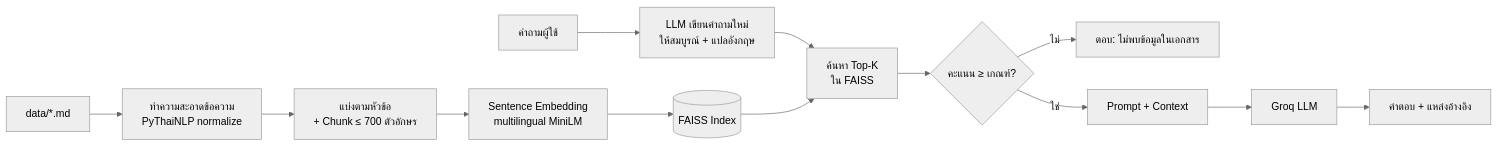
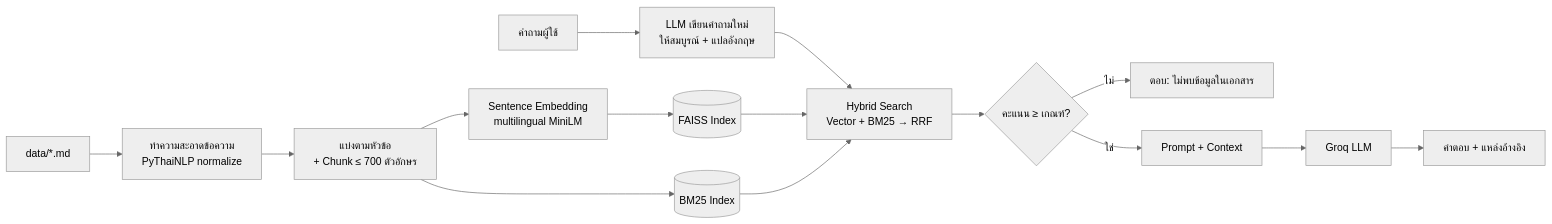
Before and after one commit to sDcy2002/RAG-Fitness: the diagram in README.md, drawn with Mermaid (neutral theme). The commit also changed other lines of this file and 2 other files, not shown here.

````diff
--- a/README.md
+++ b/README.md
@@ -40,15 +41,17 @@
 ```mermaid
 flowchart LR
     A[data/*.md] --> B[ทำความสะอาดข้อความ<br/>PyThaiNLP normalize]
     B --> C[แบ่งตามหัวข้อ<br/>+ Chunk ≤ 700 ตัวอักษร]
     C --> D[Sentence Embedding<br/>multilingual MiniLM]
     D --> E[(FAISS Index)]
+    C --> K[(BM25 Index)]
     Q[คำถามผู้ใช้] --> R[LLM เขียนคำถามใหม่<br/>ให้สมบูรณ์ + แปลอังกฤษ]
-    R --> S[ค้นหา Top-K<br/>ใน FAISS]
+    R --> S[Hybrid Search<br/>Vector + BM25 → RRF]
     E --> S
+    K --> S
     S --> T{คะแนน ≥ เกณฑ์?}
     T -- ไม่ --> N[ตอบ: ไม่พบข้อมูลในเอกสาร]
     T -- ใช่ --> P[Prompt + Context]
     P --> L[Groq LLM]
     L --> O[คำตอบ + แหล่งอ้างอิง]
 ```
````
